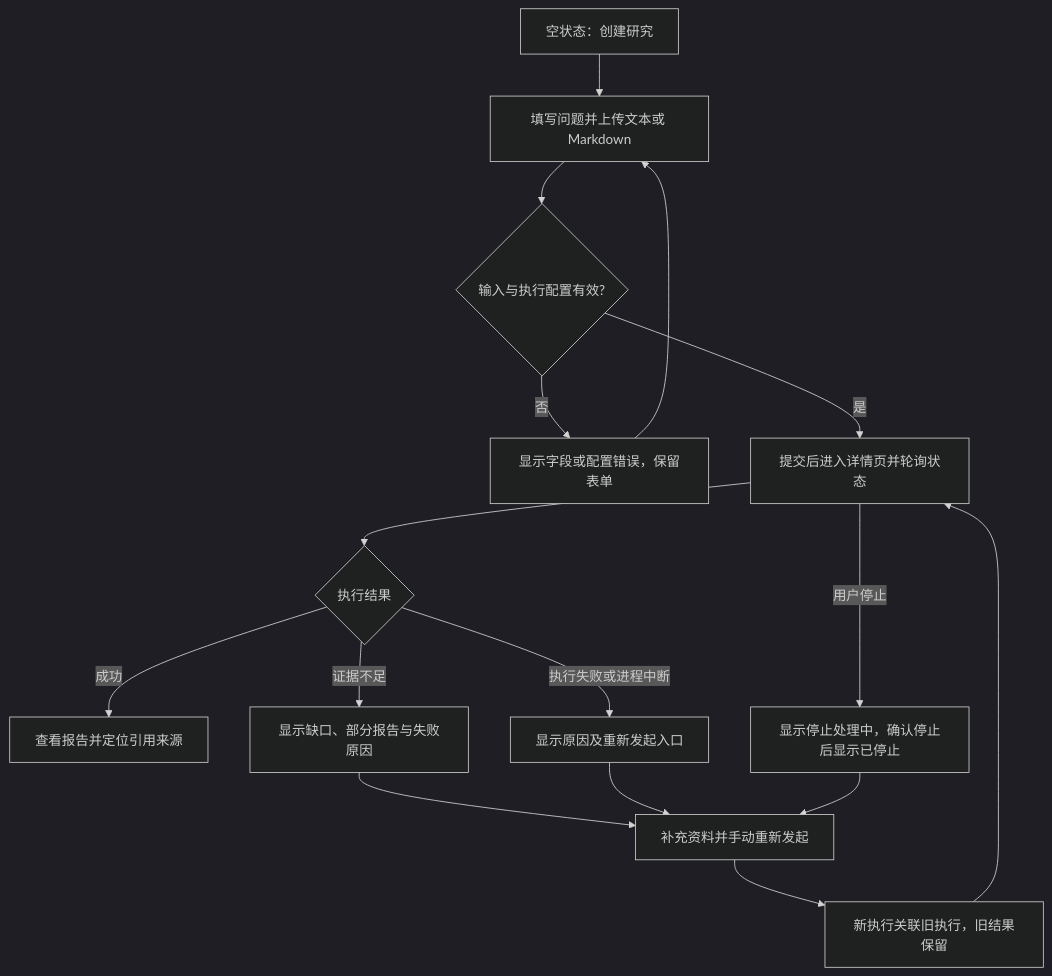
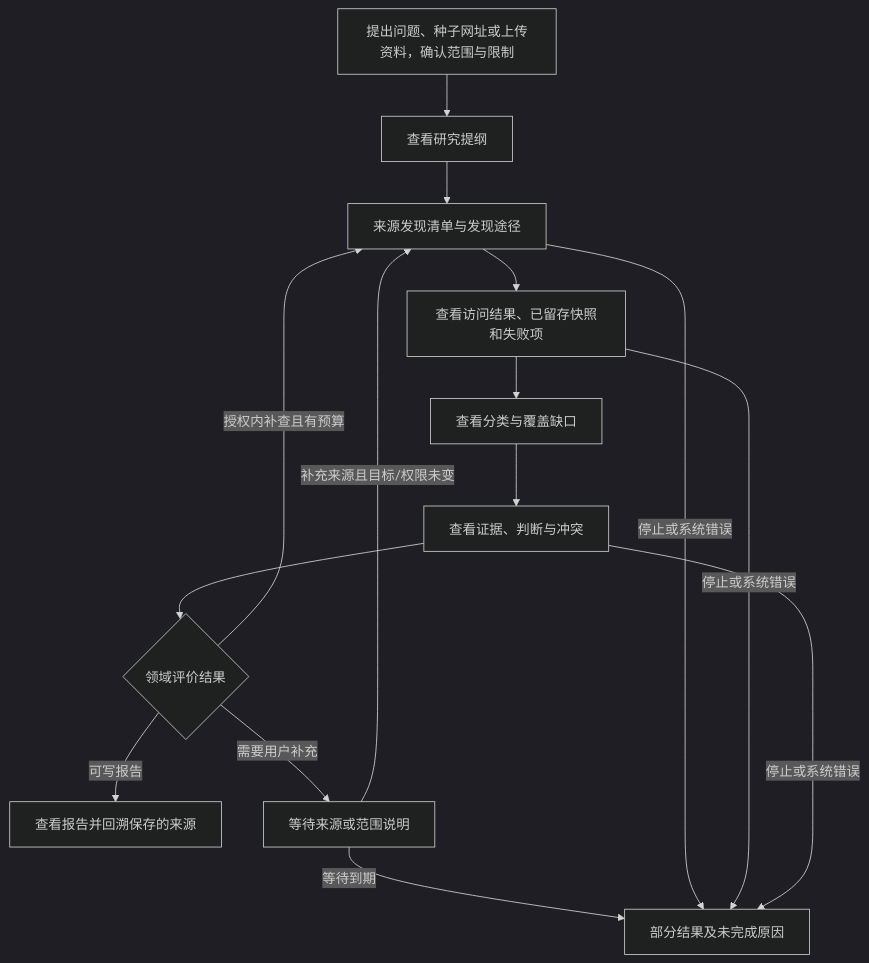
Before and after one commit to xforce-io/inquiry: the first of 2 diagrams in docs/design/1-minimal-research-loop.md, drawn with Mermaid (dark theme). The commit also changed other lines of this file and 33 other files, not shown here.

````diff
--- a/docs/design/1-minimal-research-loop.md
+++ b/docs/design/1-minimal-research-loop.md
@@ -47,18 +80,17 @@
 ```mermaid
 flowchart TD
-  A[空状态：创建研究] --> B[填写问题并上传文本或 Markdown]
-  B --> C{输入与执行配置有效?}
-  C -- 否 --> D[显示字段或配置错误，保留表单]
-  D --> B
-  C -- 是 --> E[提交后进入详情页并轮询状态]
-  E --> F{执行结果}
-  F -- 成功 --> G[查看报告并定位引用来源]
-  F -- 证据不足 --> H[显示缺口、部分报告与失败原因]
-  F -- 执行失败或进程中断 --> I[显示原因及重新发起入口]
-  E -- 用户停止 --> J[显示停止处理中，确认停止后显示已停止]
-  H --> K[补充资料并手动重新发起]
-  I --> K
-  J --> K
-  K --> L[新执行关联旧执行，旧结果保留]
-  L --> E
+  A[提出问题、种子网址或上传资料，确认范围与限制] --> B[查看研究提纲]
+  B --> C[来源发现清单与发现途径]
+  C --> D[查看访问结果、已留存快照和失败项]
+  D --> E[查看分类与覆盖缺口]
+  E --> F[查看证据、判断与冲突]
+  F --> G{领域评价结果}
+  G -- 可写报告 --> H[查看报告并回溯保存的来源]
+  G -- 授权内补查且有预算 --> C
+  G -- 需要用户补充 --> I[等待来源或范围说明]
+  I -- 补充来源且目标/权限未变 --> C
+  I -- 等待到期 --> J[部分结果及未完成原因]
+  C -- 停止或系统错误 --> J
+  D -- 停止或系统错误 --> J
+  F -- 停止或系统错误 --> J
 ```
````
